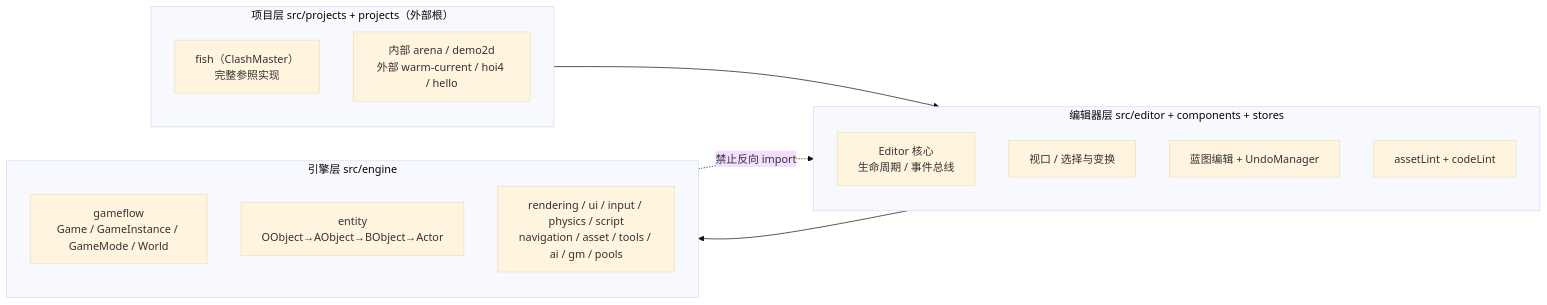
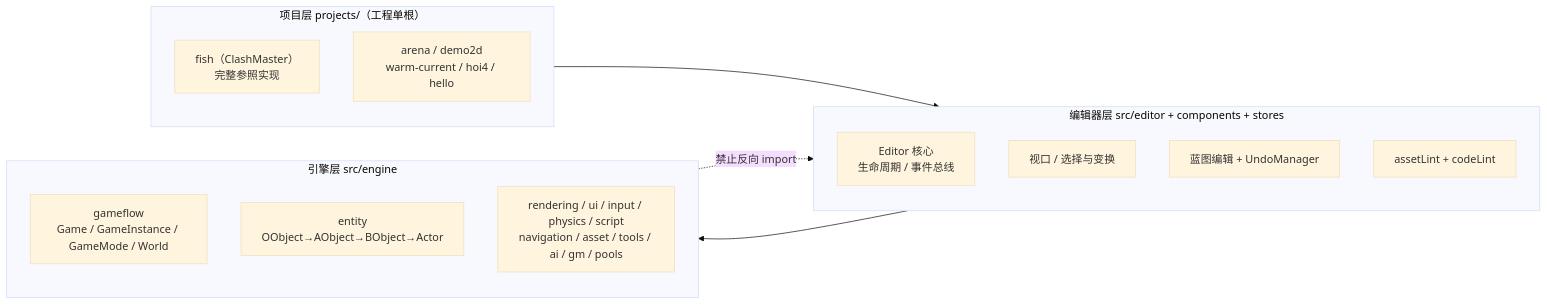
The diagram in doc/system_overview.md (Kaplc/DemoStudio), drawn with Mermaid (base theme) before and after one commit. The commit also changed other lines of this file and 346 other files, not shown here.

````diff
--- a/doc/system_overview.md
+++ b/doc/system_overview.md
@@ -30,20 +30,20 @@
 ```mermaid
 flowchart LR
-    subgraph PROJ[项目层 src/projects + projects（外部根）]
+    subgraph PROJ[项目层 projects/（工程单根）]
         Fish["fish（ClashMaster）<br/>完整参照实现"]
-        Others["内部 arena / demo2d<br/>外部 warm-current / hoi4 / hello"]
+        Others["arena / demo2d<br/>warm-current / hoi4 / hello"]
     end
     subgraph EDIT[编辑器层 src/editor + components + stores]
         Core["Editor 核心<br/>生命周期 / 事件总线"]
         Vp["视口 / 选择与变换"]
         Bp["蓝图编辑 + UndoManager"]
         Lint["assetLint + codeLint"]
     end
     subgraph ENG[引擎层 src/engine]
         Flow["gameflow<br/>Game / GameInstance / GameMode / World"]
         Ent["entity<br/>OObject→AObject→BObject→Actor"]
         Sup["rendering / ui / input / physics / script<br/>navigation / asset / tools / ai / gm / pools"]
     end
     PROJ --> EDIT --> ENG
     ENG -. 禁止反向 import .-> EDIT
 ```
````
